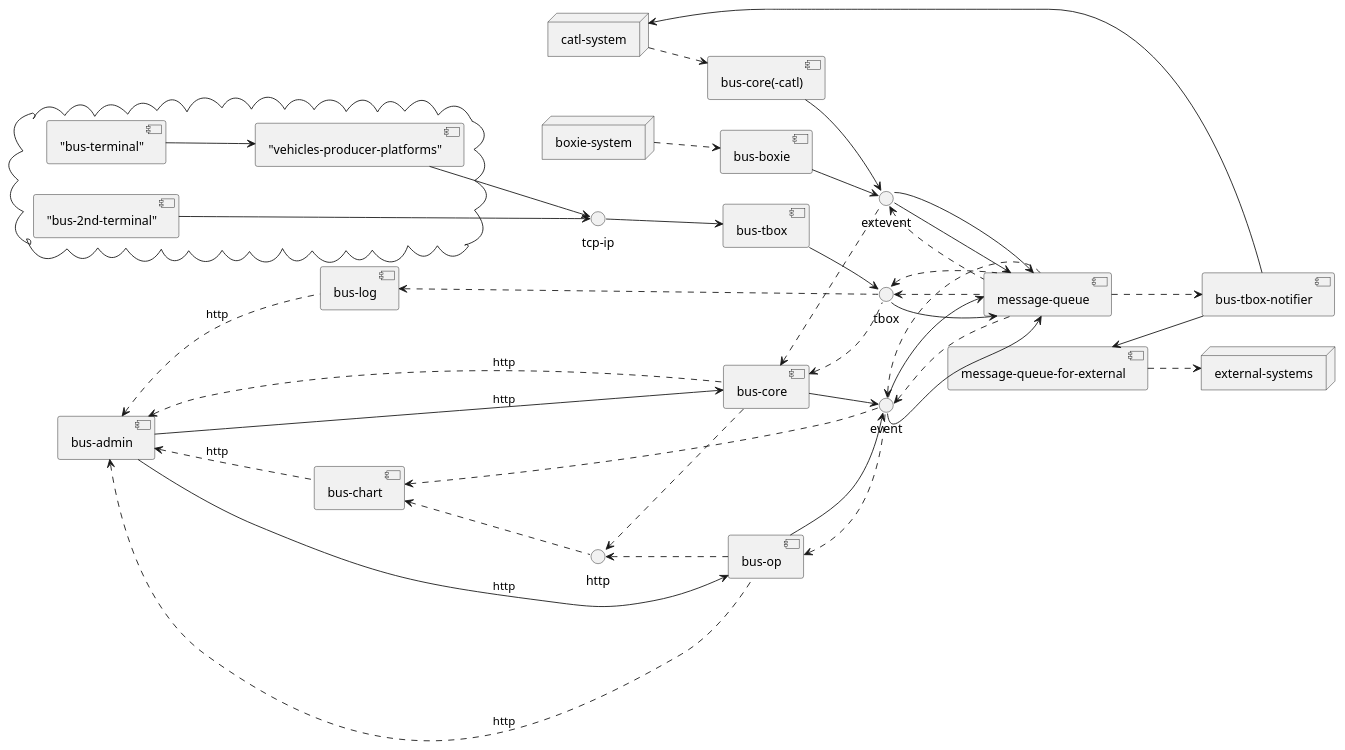
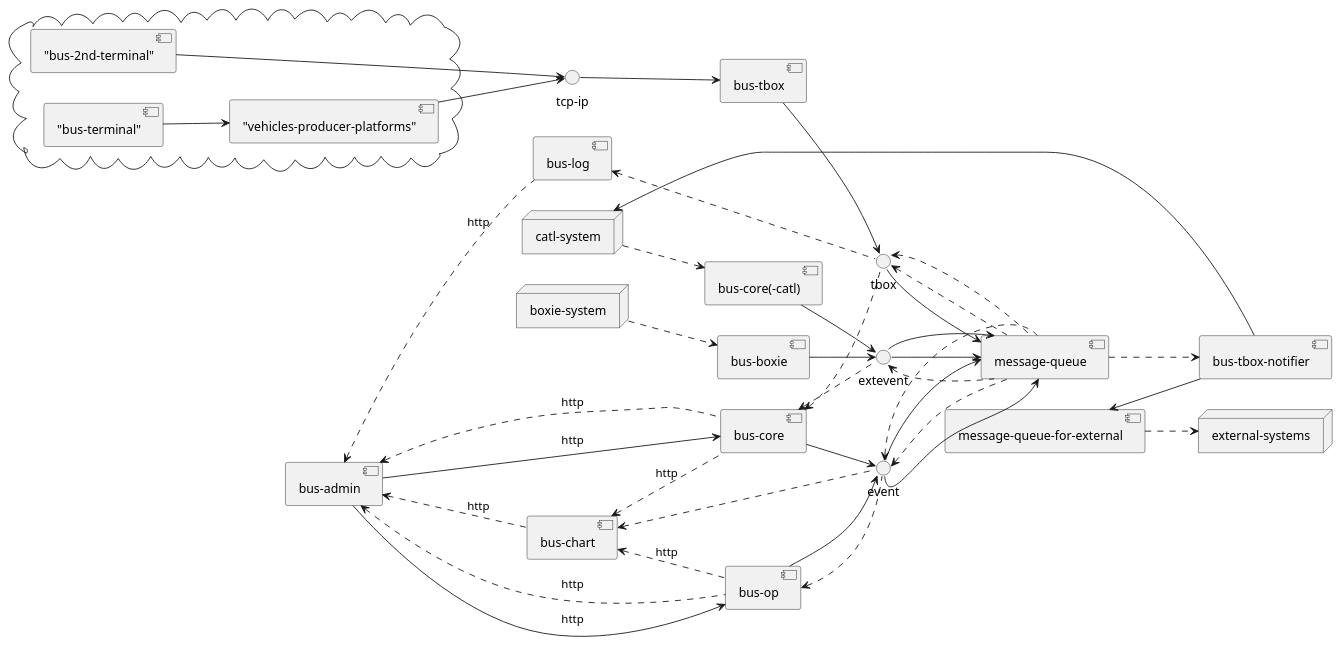
Before and after one commit to 36node/bus-docs: the diagram in arch/module-and-integration.iuml, drawn with PlantUML. The commit also changed 2 other files, not shown here.

```diff
--- a/arch/module-and-integration.iuml
+++ b/arch/module-and-integration.iuml
@@ -1,86 +1,84 @@
 @startuml
 
 left to right direction
 
 component "message-queue" as mq
 
 component "bus-tbox" as bustbox
 
 interface "tcp-ip" as tcpip
 tcpip --> bustbox
 
 cloud {
     ["bus-2nd-terminal"] --> tcpip
     ["vehicles-producer-platforms"] --> tcpip
     ["bus-terminal"] --> ["vehicles-producer-platforms"]
 }
 
 interface "tbox" as tbox
 
 bustbox --> tbox
 tbox --> mq
 
 component "bus-core" as buscore
 buscore <.. tbox
 tbox <.. mq
 
 interface "extevent" as extevent
 buscore <.. extevent
 extevent <.. mq
 
 interface "event" as event
 buscore --> event
 event --> mq
 
 component "bus-op" as busop
 busop <.. event
 event <.. mq
 busop --> event
 event --> mq
 
 component "bus-log" as buslog
 buslog <.. tbox
 tbox <.. mq
 
 component "bus-chart" as buschart
 buschart <.. event
 event <.. mq
 
-interface "http" as http
-buschart <.. http
-http <.. buscore
-http <.. busop
+buschart <..buscore : http
+buschart <..busop : http
 
 component "bus-boxie" as busboxie
 busboxie --> extevent
 extevent --> mq
 
 component "bus-core(-catl)" as buscatl
 buscatl --> extevent
 extevent --> mq
 
 node "catl-system" as catlsys
 catlsys ..> buscatl
 
 node "boxie-system" as boxiesys
 boxiesys ..> busboxie
 
 component "bus-admin" as busadmin
 busadmin <.. buscore : http
 busadmin --> buscore : http
 busadmin <.. busop : http
 busadmin --> busop : http
 busadmin <.. buslog : http
 busadmin <.. buschart : http
 
 component "bus-tbox-notifier" as bustboxnotifier
 
 component "message-queue-for-external" as extmq
 mq ..> bustboxnotifier
 extmq <-- bustboxnotifier
 catlsys <-- bustboxnotifier
 
 node "external-systems" as extsys
 extmq ..> extsys
 
 @enduml
```
